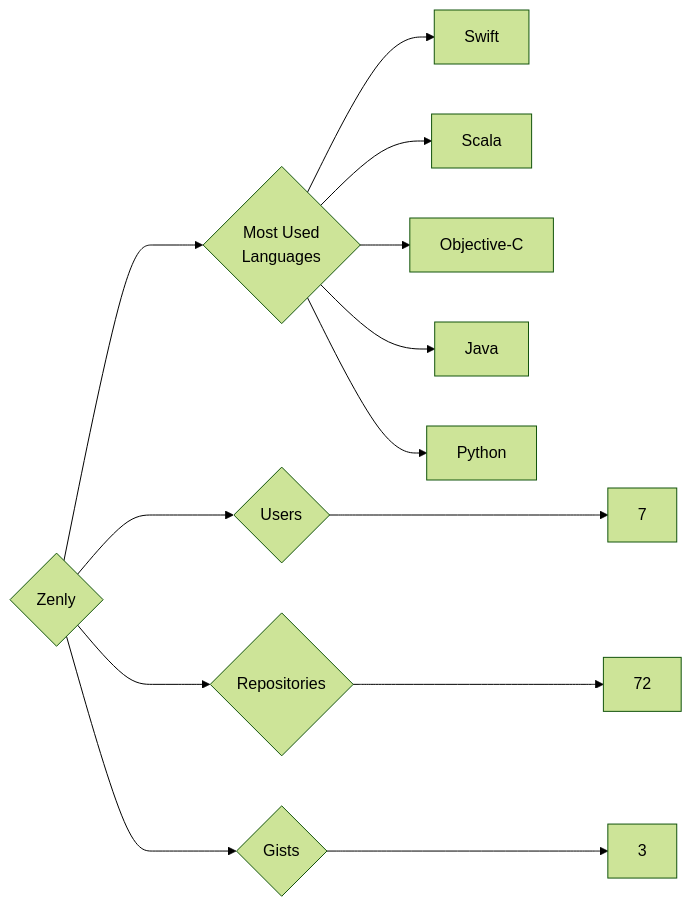
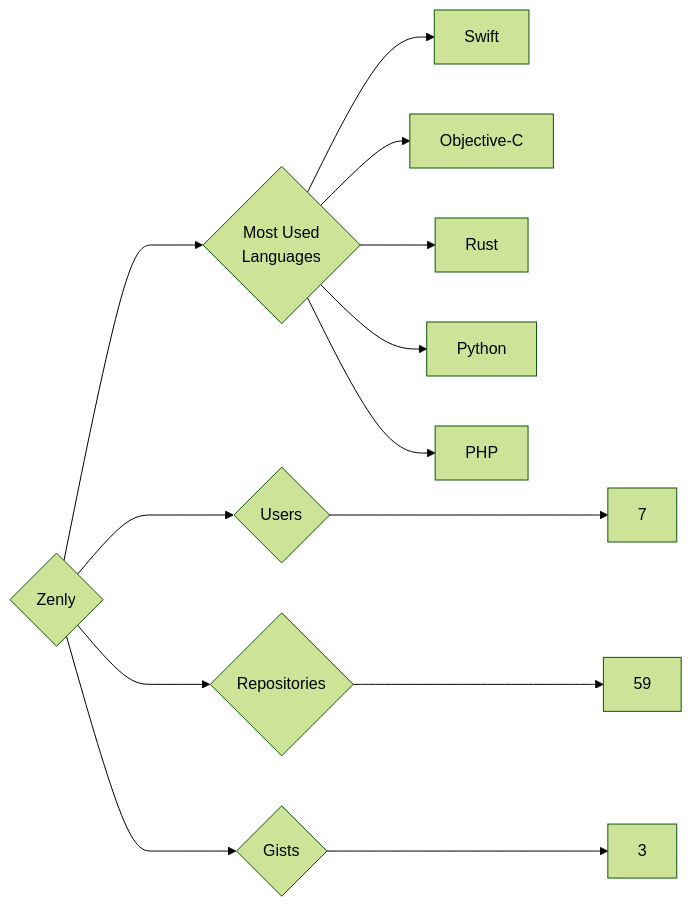
One commit to trickest/insiders changed the diagram in targets/Zenly/README.md. Above: the diagram before and after it, drawn with Mermaid (forest theme). The commit also changed 1479 other files, not shown here.

````diff
--- a/targets/Zenly/README.md
+++ b/targets/Zenly/README.md
@@ -3,13 +3,13 @@
 ```mermaid
 graph LR
 COMPANY_NAME{Zenly}
 COMPANY_NAME ---> U{Users} ---> UN[7]
-COMPANY_NAME ---> R{Repositories} ---> RN[72]
+COMPANY_NAME ---> R{Repositories} ---> RN[59]
 COMPANY_NAME ---> G{Gists} ---> GN[3]
 COMPANY_NAME ---> ML{Most Used<br>Languages}
 ML --> Swift[Swift]
-ML --> Scala[Scala]
 ML --> Objective-C[Objective-C]
-ML --> Java[Java]
+ML --> Rust[Rust]
 ML --> Python[Python]
+ML --> PHP[PHP]
 ```
````
